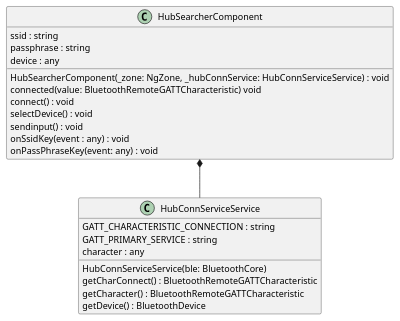
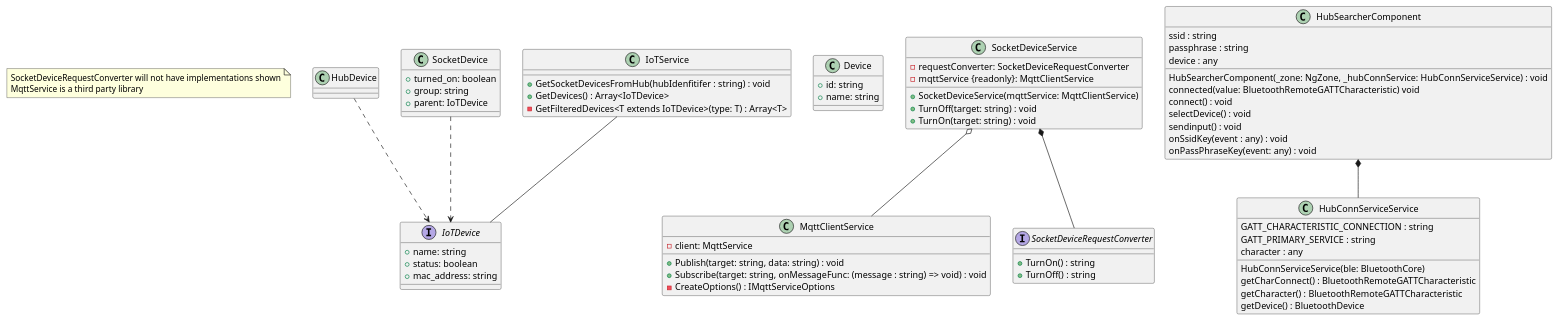
Before and after one commit to Casp7654/XPower: the diagram in docs/class diagrams/xPowerWebKlient.plantuml, drawn with PlantUML. The commit also changed 23 other files, not shown here.

First line of the commit message:
Webclient send request (#20)

```diff
--- a/docs/class diagrams/xPowerWebKlient.plantuml
+++ b/docs/class diagrams/xPowerWebKlient.plantuml
@@ -1,30 +1,85 @@
-@startuml APPLICATION
+@startuml Webclient
+
+note "SocketDeviceRequestConverter will not have implementations shown\nMqttService is a third party library" as n1
+
+interface IoTDevice {
+    +name: string
+    +status: boolean
+    +mac_address: string
+}
+
+class Device {
+    +id: string
+    +name: string
+}
+
+class HubDevice {
+}
+
+class SocketDevice {
+    +turned_on: boolean
+    +group: string
+    +parent: IoTDevice
+}
+
+class IoTService {
+    +GetSocketDevicesFromHub(hubIdenfitifer : string) : void
+    +GetDevices() : Array<IoTDevice>
+    -GetFilteredDevices<T extends IoTDevice>(type: T) : Array<T>
+}
+
+class MqttClientService {
+  -client: MqttService
+
+  +Publish(target: string, data: string) : void
+  +Subscribe(target: string, onMessageFunc: (message : string) => void) : void
+  -CreateOptions() : IMqttServiceOptions
+}
+
+class SocketDeviceService {
+  -requestConverter: SocketDeviceRequestConverter
+  -mqttService {readonly}: MqttClientService
+
+  +SocketDeviceService(mqttService: MqttClientService) 
+  +TurnOff(target: string) : void
+  +TurnOn(target: string) : void
+}
+
+interface SocketDeviceRequestConverter {
+    +TurnOn() : string
+    +TurnOff() : string
+}
 
 class HubSearcherComponent{
     ssid : string
     passphrase : string
     device : any
 
     HubSearcherComponent(_zone: NgZone, _hubConnService: HubConnServiceService) : void
     connected(value: BluetoothRemoteGATTCharacteristic) void
     connect() : void
     selectDevice() : void
     sendinput() : void
     onSsidKey(event : any) : void
     onPassPhraseKey(event: any) : void
 }
 
 class HubConnServiceService{
     GATT_CHARACTERISTIC_CONNECTION : string
     GATT_PRIMARY_SERVICE : string
     character : any
 
     HubConnServiceService(ble: BluetoothCore)
     getCharConnect() : BluetoothRemoteGATTCharacteristic
     getCharacter() : BluetoothRemoteGATTCharacteristic
     getDevice() : BluetoothDevice
 }
 
+HubDevice ..> IoTDevice
+SocketDevice ..> IoTDevice
+SocketDeviceService *-- SocketDeviceRequestConverter
+SocketDeviceService o-- MqttClientService
+IoTService -- IoTDevice
 HubSearcherComponent *-- HubConnServiceService
 
 @enduml
```
